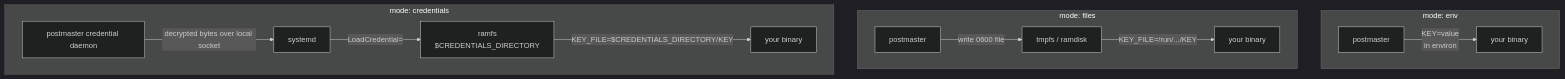
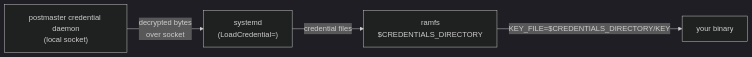
Before and after one commit to beardedeagle/postmaster: the third of 3 diagrams in docs/src/getting-started/injection-modes.md, drawn with Mermaid (dark theme). The commit also changed other lines of this file and 8 other files, not shown here.

First line of the commit message:
docs: fix mermaid diagram rendering across the book

````diff
--- a/docs/src/getting-started/injection-modes.md
+++ b/docs/src/getting-started/injection-modes.md
@@ -20,15 +90,6 @@
 ```mermaid
-flowchart TB
-    subgraph env["mode: env"]
-        pm_env["postmaster"] -->|KEY=value\nin environ| child_env["your binary"]
-    end
-    subgraph files["mode: files"]
-        pm_files["postmaster"] -->|write 0600 file| tmpfs["tmpfs / ramdisk"]
-        tmpfs -->|KEY_FILE=/run/.../KEY| child_files["your binary"]
-    end
-    subgraph cred["mode: credentials"]
-        daemon["postmaster credential daemon"] -->|decrypted bytes over local socket| systemd["systemd"]
-        systemd -->|LoadCredential=| ramfs["ramfs\n$CREDENTIALS_DIRECTORY"]
-        ramfs -->|KEY_FILE=$CREDENTIALS_DIRECTORY/KEY| child_cred["your binary"]
-    end
+flowchart LR
+    daemon["postmaster credential daemon<br/>(local socket)"] -->|"decrypted bytes<br/>over socket"| systemd["systemd<br/>(LoadCredential=)"]
+    systemd -->|"credential files"| ramfs["ramfs<br/>$CREDENTIALS_DIRECTORY"]
+    ramfs -->|"KEY_FILE=$CREDENTIALS_DIRECTORY/KEY"| child_cred["your binary"]
 ```
````
